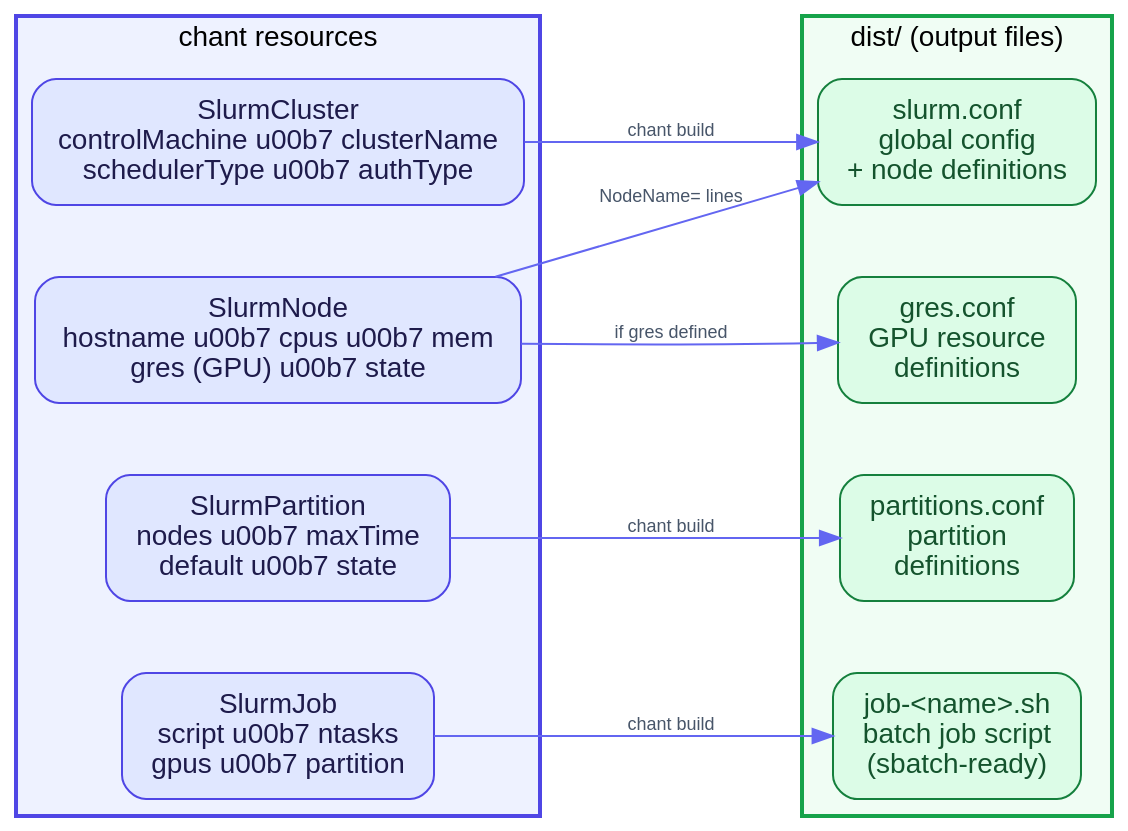
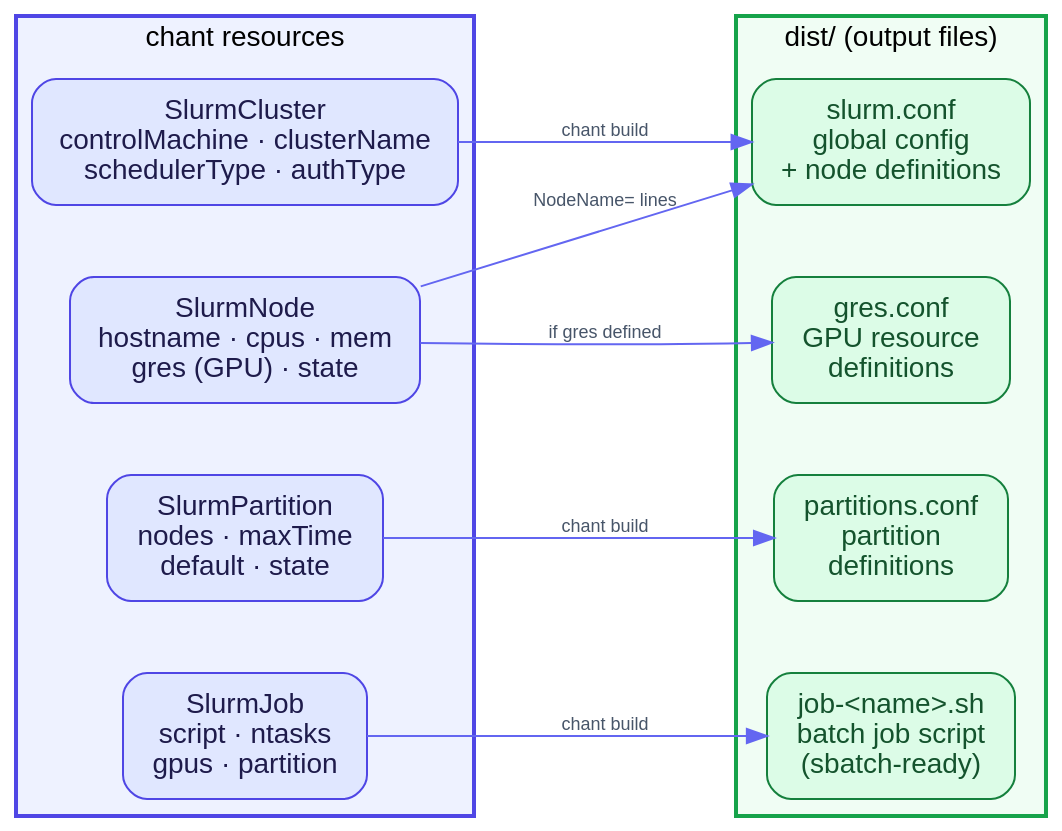
Before and after one commit to INTENTIUS/chant: the diagram in lexicons/slurm/docs/diagrams/output-routing.dot, drawn with Graphviz. The commit also changed 17 other files, not shown here.

```diff
--- a/lexicons/slurm/docs/diagrams/output-routing.dot
+++ b/lexicons/slurm/docs/diagrams/output-routing.dot
@@ -1,40 +1,40 @@
 digraph slurm_output_routing {
   rankdir=LR
   graph [fontname="Helvetica,Arial,sans-serif" bgcolor="transparent" pad="0.5" ranksep="1.0" nodesep="0.5"]
   node  [fontname="Helvetica,Arial,sans-serif" shape=box style="filled,rounded" margin="0.22,0.12"]
   edge  [fontname="Helvetica,Arial,sans-serif" fontsize=9 fontcolor="#475569" color="#6366F1"]
 
   subgraph cluster_src {
     label="chant resources" style=filled fillcolor="#EEF2FF" color="#4F46E5" penwidth=2
     fontname="Helvetica,Arial,sans-serif"
 
-    cluster  [label="SlurmCluster\ncontrolMachine \u00b7 clusterName\nschedulerType \u00b7 authType"
+    cluster  [label="SlurmCluster\ncontrolMachine · clusterName\nschedulerType · authType"
               fillcolor="#E0E7FF" color="#4F46E5" fontcolor="#1E1B4B"]
-    node_res [label="SlurmNode\nhostname \u00b7 cpus \u00b7 mem\ngres (GPU) \u00b7 state"
+    node_res [label="SlurmNode\nhostname · cpus · mem\ngres (GPU) · state"
               fillcolor="#E0E7FF" color="#4F46E5" fontcolor="#1E1B4B"]
-    part     [label="SlurmPartition\nnodes \u00b7 maxTime\ndefault \u00b7 state"
+    part     [label="SlurmPartition\nnodes · maxTime\ndefault · state"
               fillcolor="#E0E7FF" color="#4F46E5" fontcolor="#1E1B4B"]
-    job      [label="SlurmJob\nscript \u00b7 ntasks\ngpus \u00b7 partition"
+    job      [label="SlurmJob\nscript · ntasks\ngpus · partition"
               fillcolor="#E0E7FF" color="#4F46E5" fontcolor="#1E1B4B"]
   }
 
   subgraph cluster_out {
     label="dist/ (output files)" style=filled fillcolor="#F0FDF4" color="#16A34A" penwidth=2
     fontname="Helvetica,Arial,sans-serif"
 
     sconf  [label="slurm.conf\nglobal config\n+ node definitions"
             fillcolor="#DCFCE7" color="#15803D" fontcolor="#14532D"]
     gconf  [label="gres.conf\nGPU resource\ndefinitions"
             fillcolor="#DCFCE7" color="#15803D" fontcolor="#14532D"]
     pconf  [label="partitions.conf\npartition\ndefinitions"
             fillcolor="#DCFCE7" color="#15803D" fontcolor="#14532D"]
     script [label="job-<name>.sh\nbatch job script\n(sbatch-ready)"
             fillcolor="#DCFCE7" color="#15803D" fontcolor="#14532D"]
   }
 
   cluster  -> sconf  [label="chant build"]
   node_res -> sconf  [label="NodeName= lines"]
   node_res -> gconf  [label="if gres defined"]
   part     -> pconf  [label="chant build"]
   job      -> script [label="chant build"]
 }
```
